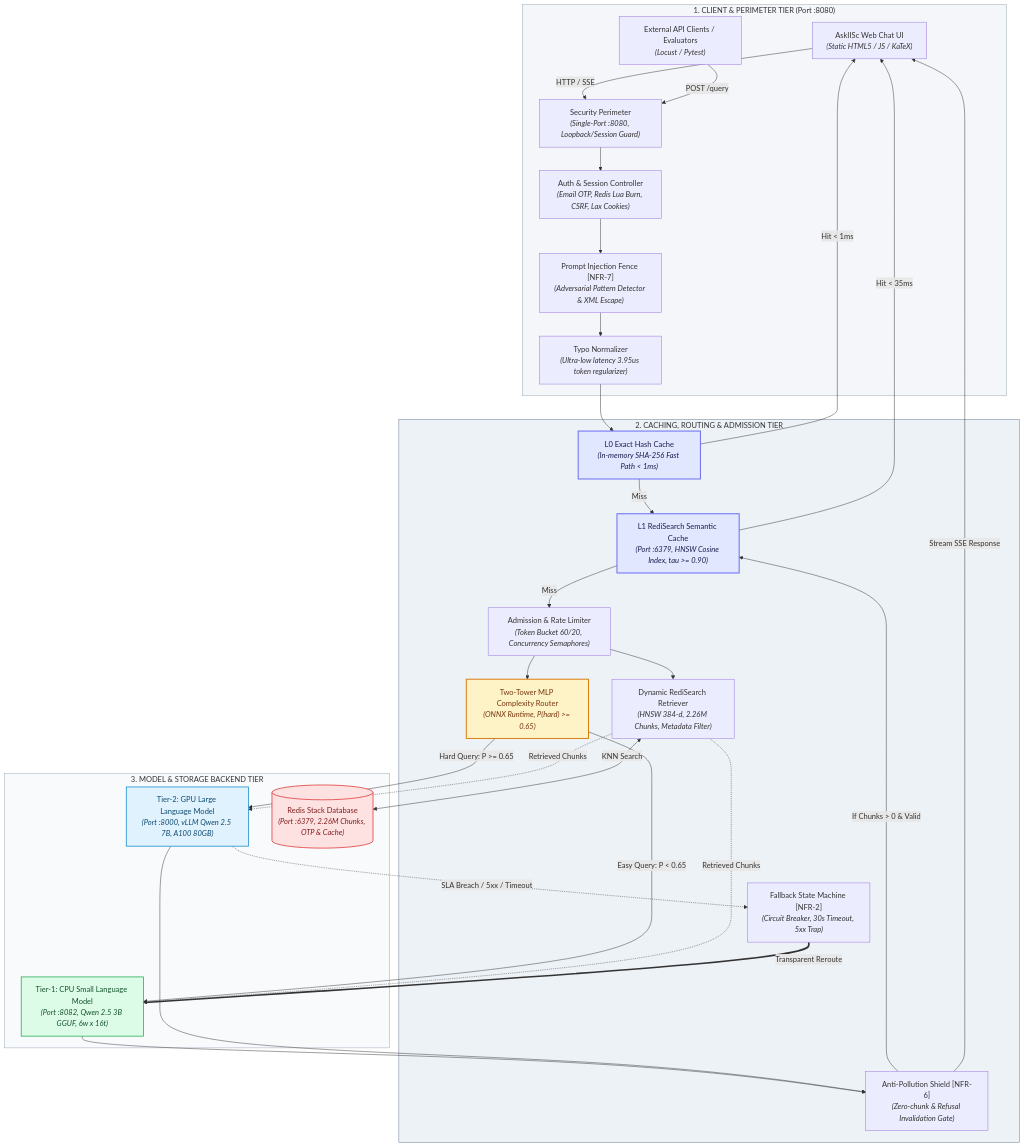
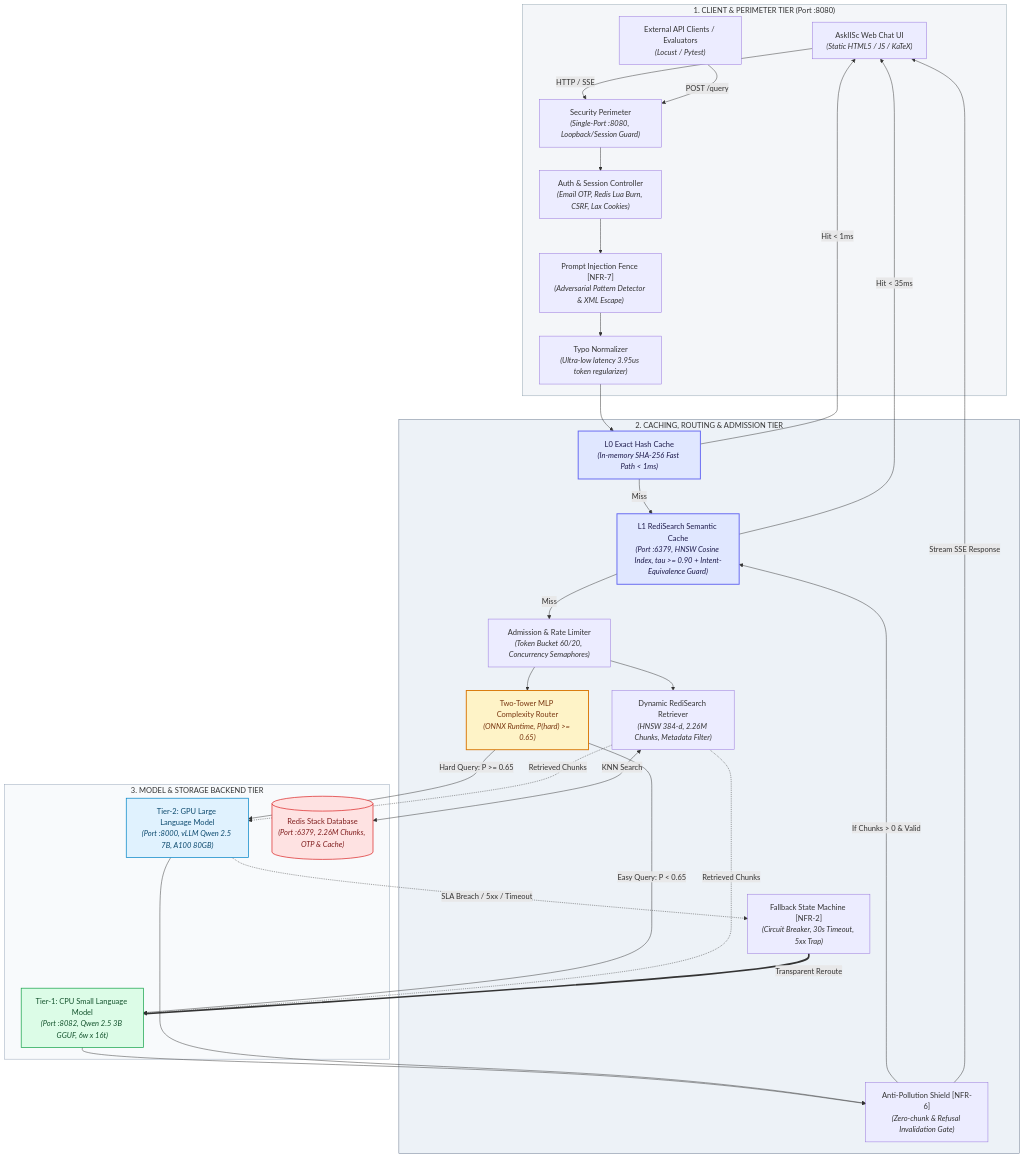
One commit to rutujmanware/Onprem-RAG-gateway changed the diagram in product_requirements_document.md. Above: the diagram before and after it, drawn with Mermaid. The commit also changed other lines of this file and 9 other files, not shown here.

Commit message:
Semantic Cache answers across changed intent fixed. Some known limitations are mentioned in the PRD

````diff
--- a/product_requirements_document.md
+++ b/product_requirements_document.md
@@ -100,74 +102,74 @@
 ```mermaid
 graph TD
     subgraph CLIENT_TIER ["1. CLIENT & PERIMETER TIER (Port :8080)"]
         BrowserUI["AskIISc Web Chat UI<br/><i>(Static HTML5 / JS / KaTeX)</i>"]
         ApiClient["External API Clients / Evaluators<br/><i>(Locust / Pytest)</i>"]
         PerimeterGate["Security Perimeter<br/><i>(Single-Port :8080, Loopback/Session Guard)</i>"]
         AuthModule["Auth & Session Controller<br/><i>(Email OTP, Redis Lua Burn, CSRF, Lax Cookies)</i>"]
         Sanitizer["Prompt Injection Fence [NFR-7]<br/><i>(Adversarial Pattern Detector & XML Escape)</i>"]
         Normalizer["Typo Normalizer<br/><i>(Ultra-low latency 3.95us token regularizer)</i>"]
     end
 
     subgraph GATEWAY_TIER ["2. CACHING, ROUTING & ADMISSION TIER"]
         L0Cache["L0 Exact Hash Cache<br/><i>(In-memory SHA-256 Fast Path &lt; 1ms)</i>"]
-        L1Cache["L1 RediSearch Semantic Cache<br/><i>(Port :6379, HNSW Cosine Index, tau &gt;= 0.90)</i>"]
+        L1Cache["L1 RediSearch Semantic Cache<br/><i>(Port :6379, HNSW Cosine Index, tau &gt;= 0.90 + Intent-Equivalence Guard)</i>"]
         AntiPollution["Anti-Pollution Shield [NFR-6]<br/><i>(Zero-chunk & Refusal Invalidation Gate)</i>"]
         AdmissionCtrl["Admission & Rate Limiter<br/><i>(Token Bucket 60/20, Concurrency Semaphores)</i>"]
         MLPRouter["Two-Tower MLP Complexity Router<br/><i>(ONNX Runtime, P(hard) &gt;= 0.65)</i>"]
         Retriever["Dynamic RediSearch Retriever<br/><i>(HNSW 384-d, 2.26M Chunks, Metadata Filter)</i>"]
         FallbackSM["Fallback State Machine [NFR-2]<br/><i>(Circuit Breaker, 30s Timeout, 5xx Trap)</i>"]
     end
 
     subgraph BACKEND_TIER ["3. MODEL & STORAGE BACKEND TIER"]
         CPUSLM["Tier-1: CPU Small Language Model<br/><i>(Port :8082, Qwen 2.5 3B GGUF, 6w x 16t)</i>"]
         GPULLM["Tier-2: GPU Large Language Model<br/><i>(Port :8000, vLLM Qwen 2.5 7B, A100 80GB)</i>"]
         RedisDB[("Redis Stack Database<br/><i>(Port :6379, 2.26M Chunks, OTP & Cache)</i>")]
     end
 
     %% Client flows
     BrowserUI -->|HTTP / SSE| PerimeterGate
     ApiClient -->|POST /query| PerimeterGate
     PerimeterGate --> AuthModule
     AuthModule --> Sanitizer
     Sanitizer --> Normalizer
 
     %% Normalizer to Cache
     Normalizer --> L0Cache
     L0Cache -->|Hit &lt; 1ms| BrowserUI
     L0Cache -->|Miss| L1Cache
     L1Cache -->|Hit &lt; 35ms| BrowserUI
 
     %% Miss path to Admission and Router
     L1Cache -->|Miss| AdmissionCtrl
     AdmissionCtrl --> MLPRouter
     AdmissionCtrl --> Retriever
     Retriever <-->|KNN Search| RedisDB
 
     %% Router to Models
     MLPRouter -->|Easy Query: P &lt; 0.65| CPUSLM
     MLPRouter -->|Hard Query: P &gt;= 0.65| GPULLM
     Retriever -.->|Retrieved Chunks| CPUSLM
     Retriever -.->|Retrieved Chunks| GPULLM
 
     %% Fallback flow
     GPULLM -.->|SLA Breach / 5xx / Timeout| FallbackSM
     FallbackSM ==>|Transparent Reroute| CPUSLM
 
     %% Model output caching
     CPUSLM --> AntiPollution
     GPULLM --> AntiPollution
     AntiPollution -->|If Chunks &gt; 0 & Valid| L1Cache
     AntiPollution -->|Stream SSE Response| BrowserUI
 
     %% Styling
     style CLIENT_TIER fill:#f4f6f9,stroke:#90a4ae,stroke-width:1px
     style GATEWAY_TIER fill:#edf2f7,stroke:#64748b,stroke-width:1px
     style BACKEND_TIER fill:#f8fafc,stroke:#94a3b8,stroke-width:1px
 
     style L0Cache fill:#e0e7ff,stroke:#6366f1,stroke-width:2px,color:#1e1b4b
     style L1Cache fill:#e0e7ff,stroke:#6366f1,stroke-width:2px,color:#1e1b4b
     style MLPRouter fill:#fef3c7,stroke:#d97706,stroke-width:2px,color:#78350f
     style CPUSLM fill:#dcfce7,stroke:#16a34a,stroke-width:1.5px,color:#14532d
     style GPULLM fill:#e0f2fe,stroke:#0284c7,stroke-width:1.5px,color:#0c4a6e
     style RedisDB fill:#fee2e2,stroke:#dc2626,stroke-width:1.5px,color:#7f1d1d
 ```
````
